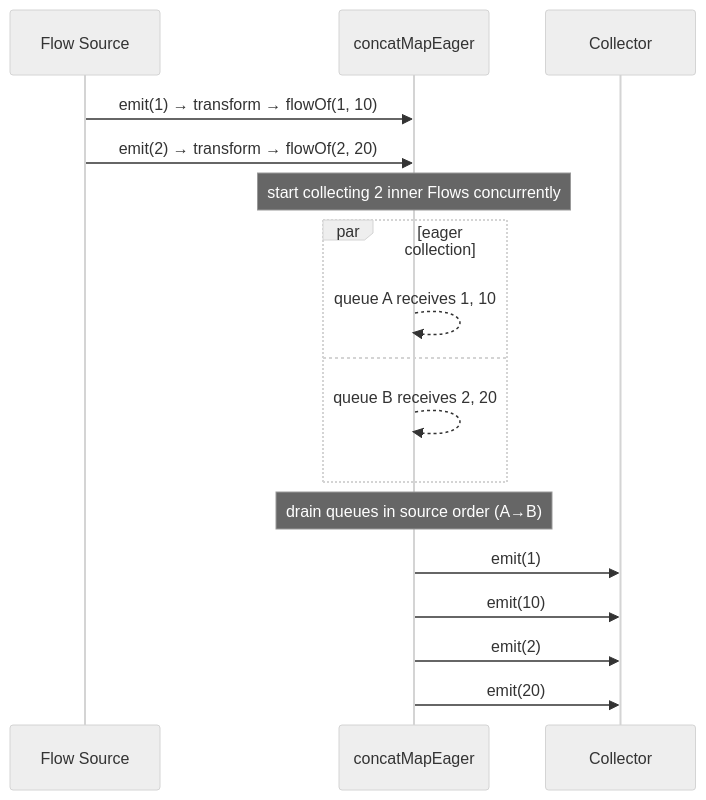
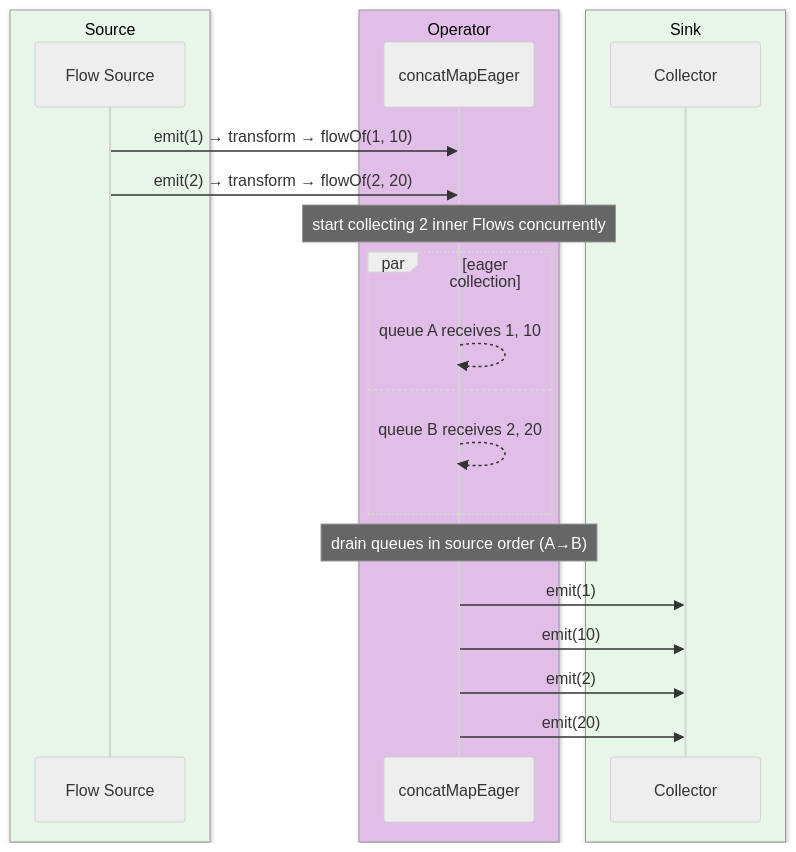
The ninth of 16 diagrams in bluetape4k/coroutines/README.md (bluetape4k/bluetape4k-projects), drawn with Mermaid (neutral theme) before and after one commit. The commit also changed other lines of this file and 221 other files, not shown here.

First line of the commit message:
docs: 전체 모듈 README UML 다이어그램 보강 및 색상 업그레이드

````diff
--- a/bluetape4k/coroutines/README.md
+++ b/bluetape4k/coroutines/README.md
@@ -438,19 +507,25 @@
 ```mermaid
 sequenceDiagram
-    participant S as Flow Source
-    participant CM as concatMapEager
-    participant R as Collector
+    box rgb(232, 245, 233) Source
+        participant S as Flow Source
+    end
+    box rgb(225, 190, 231) Operator
+        participant CM as concatMapEager
+    end
+    box rgb(232, 245, 233) Sink
+        participant R as Collector
+    end
     S ->> CM: emit(1) → transform → flowOf(1, 10)
     S ->> CM: emit(2) → transform → flowOf(2, 20)
     Note over CM: start collecting 2 inner Flows concurrently
     par eager collection
         CM -->> CM: queue A receives 1, 10
     and
         CM -->> CM: queue B receives 2, 20
     end
     Note over CM: drain queues in source order (A→B)
     CM ->> R: emit(1)
     CM ->> R: emit(10)
     CM ->> R: emit(2)
     CM ->> R: emit(20)
 ```
````
